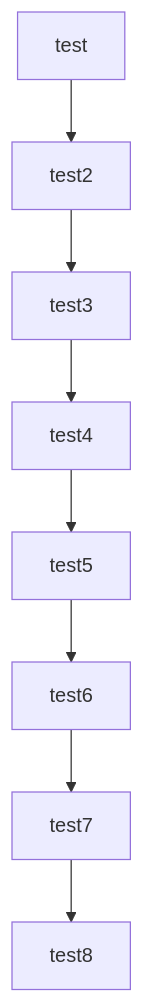
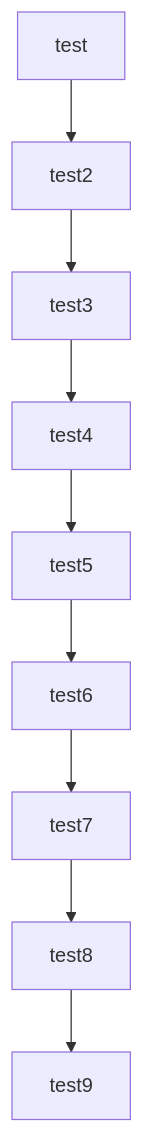
Before and after one commit to disambiguationuk/MermaidTest: the diagram in docs/mermaid.md, drawn with Mermaid. The commit also changed other lines of this file, not shown here.

````diff
--- a/docs/mermaid.md
+++ b/docs/mermaid.md
@@ -6,10 +3,11 @@
 ```mermaid
 graph TD
     test --> test2
     test2 --> test3
     test3 --> test4
     test4 --> test5
     test5 --> test6
     test6 --> test7
     test7 --> test8
+    test8 --> test9
 ```
````
